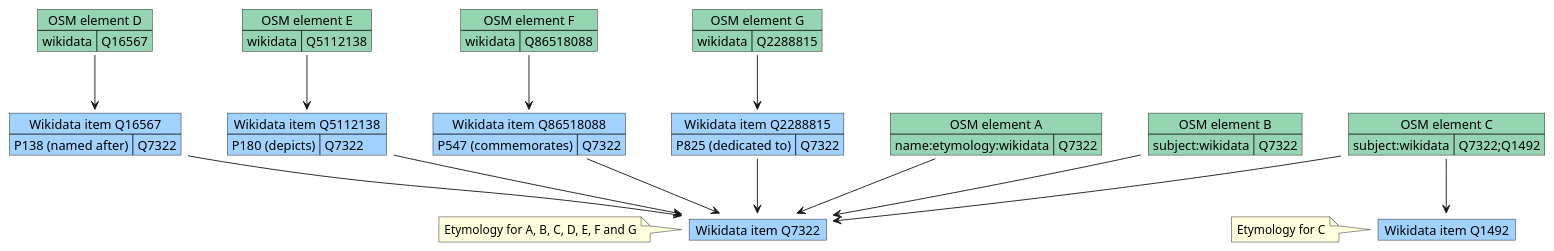
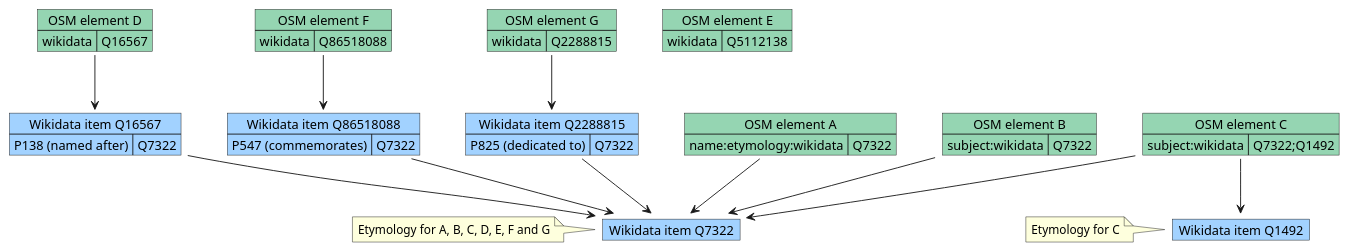
One commit to Danysan1/osm-wikidata-map-framework changed the first of 3 diagrams in CONTRIBUTING.md. Above: the diagram before and after it, drawn with PlantUML. The commit also changed other lines of this file and 1 other file, not shown here.

Commit message:
Removed wdt:P180 (depicts)

````diff
--- a/CONTRIBUTING.md
+++ b/CONTRIBUTING.md
@@ -42,63 +42,58 @@
 ```plantuml
 @startuml
 map "Wikidata item Q7322" as wikia #a2d2ff {
 
 }
 map "Wikidata item Q1492" as wikib #a2d2ff {
 
 }
 
 map "Wikidata item Q16567" as wikic #a2d2ff {
   P138 (named after) => Q7322
-}
-map "Wikidata item Q5112138" as wikid #a2d2ff {
-  P180 (depicts) => Q7322
 }
 map "Wikidata item Q86518088" as wikie #a2d2ff {
   P547 (commemorates) => Q7322
 }
 map "Wikidata item Q2288815" as wikif #a2d2ff {
   P825 (dedicated to) => Q7322
 }
 
 map "OSM element A" as osma #95d5b2 {
   name:etymology:wikidata => Q7322
 }
 map "OSM element B" as osmb #95d5b2 {
   subject:wikidata => Q7322
 }
 map "OSM element C" as osmc #95d5b2 {
   subject:wikidata => Q7322;Q1492
 }
 map "OSM element D" as osmd #95d5b2 {
   wikidata => Q16567
 }
 map "OSM element E" as osme #95d5b2 {
   wikidata => Q5112138
 }
 map "OSM element F" as osmf #95d5b2 {
   wikidata => Q86518088
 }
 map "OSM element G" as osmg #95d5b2 {
   wikidata => Q2288815
 }
 
 osma --> wikia
 osmb --> wikia
 osmc --> wikia
 osmc --> wikib
 
 osmd --> wikic
-osme --> wikid
 osmf --> wikie
 osmg --> wikif
 
 wikic --> wikia
-wikid --> wikia
 wikie --> wikia
 wikif --> wikia
 
 note left of wikia: Etymology for A, B, C, D, E, F and G
 note left of wikib: Etymology for C
 @enduml
 ```
````
